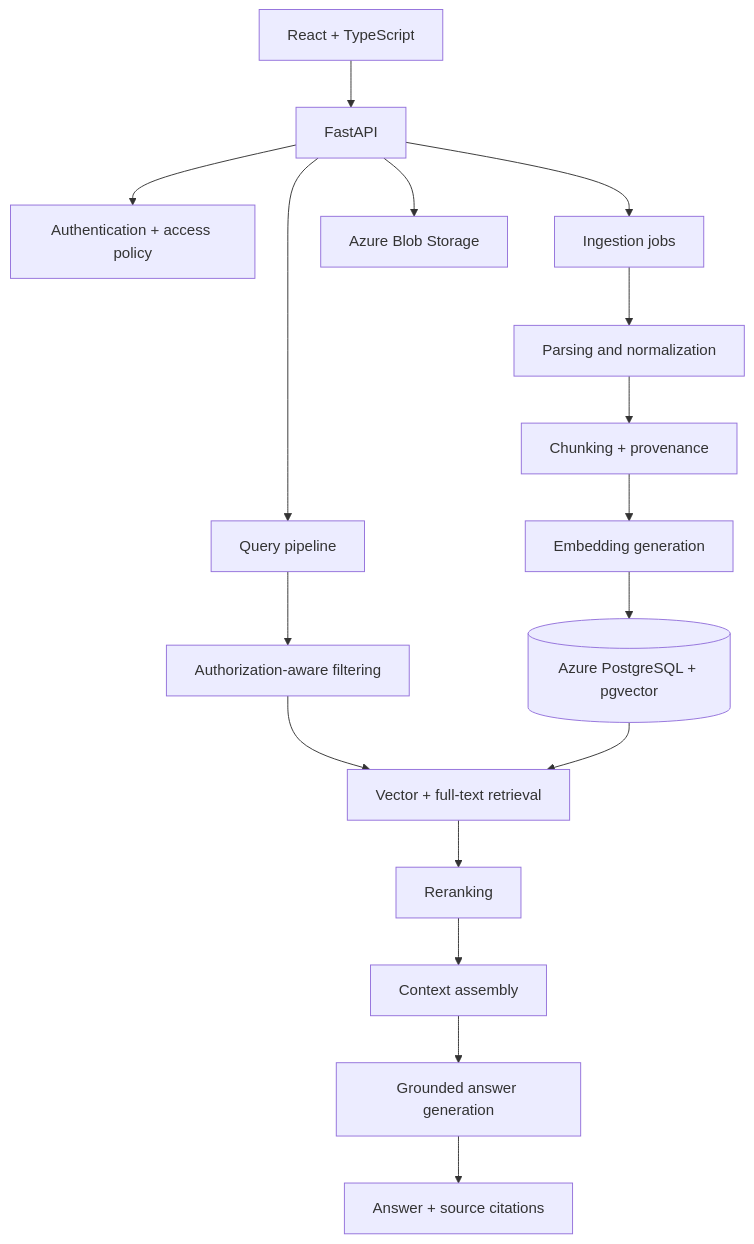
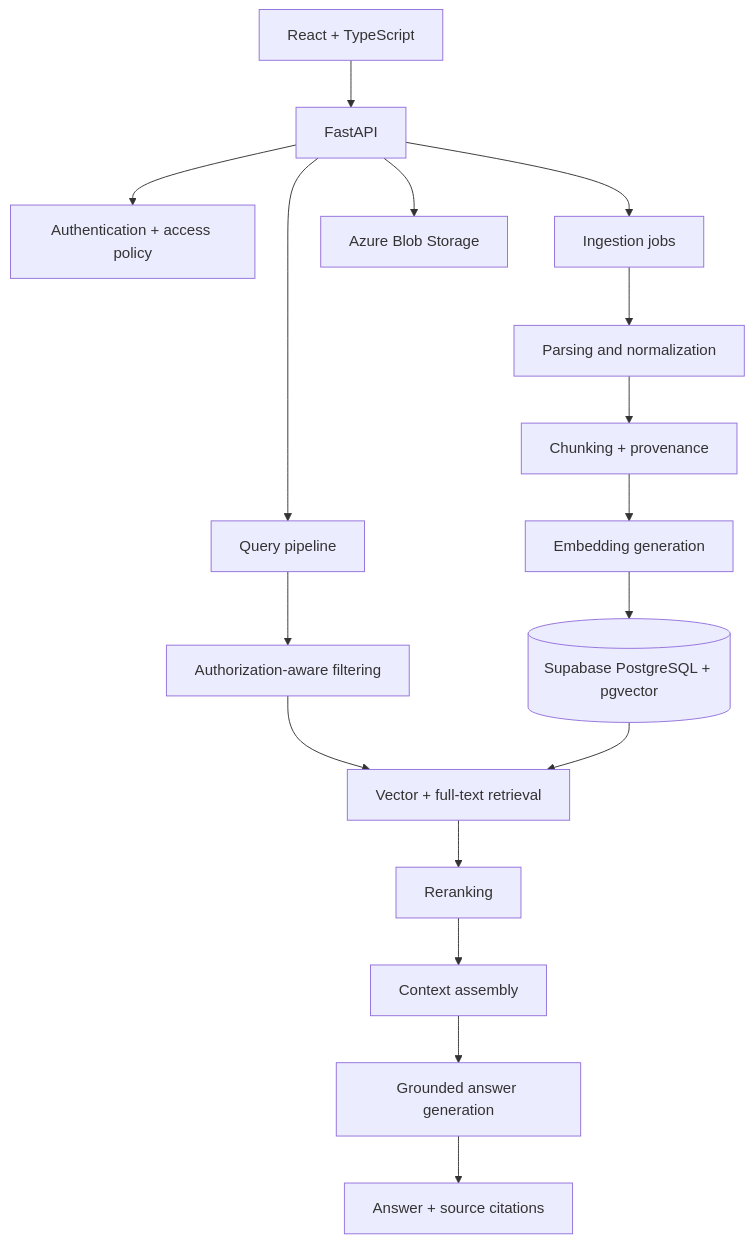
Before and after one commit to qingyanyang/invoice-breakdown-agent: the diagram in README.md, drawn with Mermaid. The commit also changed other lines of this file and 48 other files, not shown here.

````diff
--- a/README.md
+++ b/README.md
@@ -30,19 +30,19 @@
 ```mermaid
 flowchart TD
     UI[React + TypeScript] --> API[FastAPI]
     API --> AUTH[Authentication + access policy]
     API --> INGEST[Ingestion jobs]
     INGEST --> PARSE[Parsing and normalization]
     PARSE --> CHUNK[Chunking + provenance]
     CHUNK --> EMBED[Embedding generation]
-    EMBED --> DB[(Azure PostgreSQL + pgvector)]
+    EMBED --> DB[(Supabase PostgreSQL + pgvector)]
     API --> QUERY[Query pipeline]
     QUERY --> FILTER[Authorization-aware filtering]
     FILTER --> HYBRID[Vector + full-text retrieval]
     HYBRID --> RERANK[Reranking]
     RERANK --> CONTEXT[Context assembly]
     CONTEXT --> LLM[Grounded answer generation]
     LLM --> ANSWER[Answer + source citations]
     DB --> HYBRID
     API --> BLOB[Azure Blob Storage]
 ```
````
